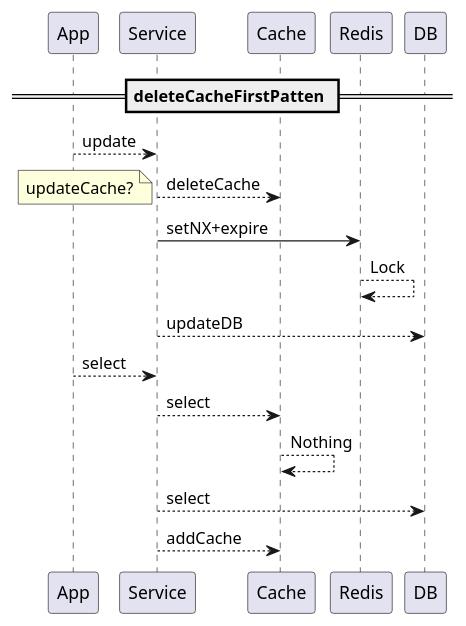
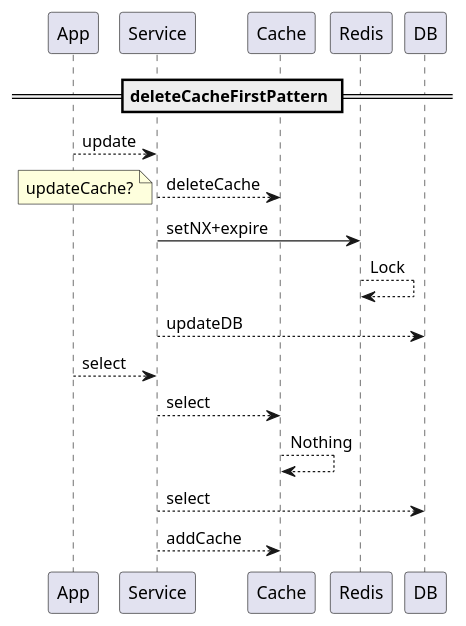
One commit to liuyngchng/com.richard.test changed the diagram in src/main/uml/dbCache.puml. Above: the diagram before and after it, drawn with PlantUML.

```diff
--- a/src/main/uml/dbCache.puml
+++ b/src/main/uml/dbCache.puml
@@ -1,15 +1,15 @@
 @startuml
-== deleteCacheFirstPatten ==
+== deleteCacheFirstPattern ==
 App --> Service: update
 Service --> Cache: deleteCache
 note left: updateCache?
 Service -> Redis: setNX+expire
 Redis --> Redis: Lock
 Service --> DB: updateDB
 App --> Service: select
 Service --> Cache: select
 Cache --> Cache: Nothing
 Service --> DB: select
 Service --> Cache: addCache
 
 @enduml
```
